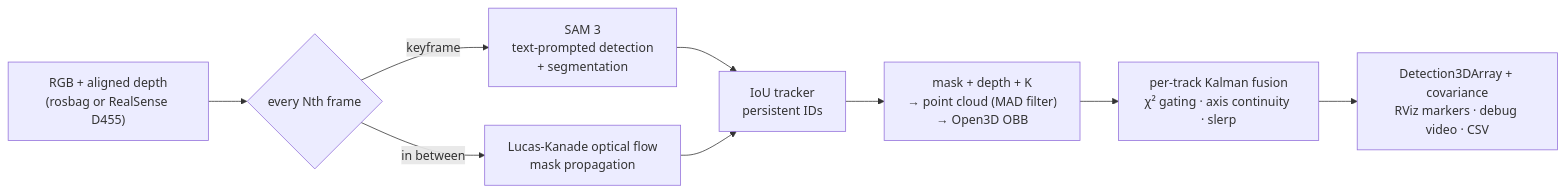
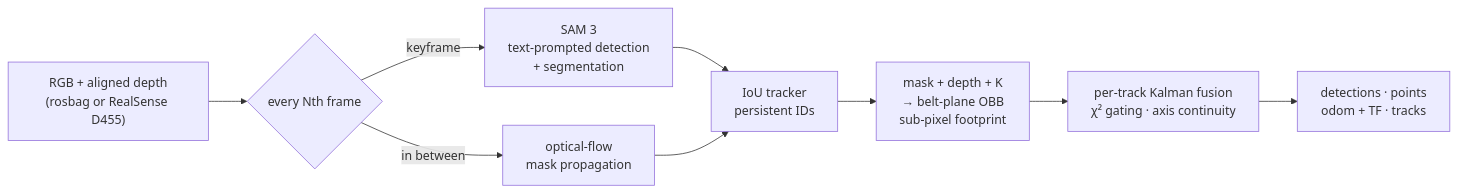
The diagram in README.md (ingon1026/pose-anything), drawn with Mermaid before and after one commit. The commit also changed other lines of this file and 1 other file, not shown here.

````diff
--- a/README.md
+++ b/README.md
@@ -43,11 +73,11 @@
 ```mermaid
 flowchart LR
     A["RGB + aligned depth<br/>(rosbag or RealSense D455)"] --> B{"every Nth frame"}
     B -- "keyframe" --> C["SAM 3<br/>text-prompted detection<br/>+ segmentation"]
-    B -- "in between" --> D["Lucas-Kanade optical flow<br/>mask propagation"]
+    B -- "in between" --> D["optical-flow<br/>mask propagation"]
     C --> E["IoU tracker<br/>persistent IDs"]
     D --> E
-    E --> F["mask + depth + K<br/>→ point cloud (MAD filter)<br/>→ Open3D OBB"]
-    F --> G["per-track Kalman fusion<br/>χ² gating · axis continuity · slerp"]
-    G --> H["Detection3DArray + covariance<br/>RViz markers · debug video · CSV"]
+    E --> F["mask + depth + K<br/>→ belt-plane OBB<br/>sub-pixel footprint"]
+    F --> G["per-track Kalman fusion<br/>χ² gating · axis continuity"]
+    G --> H["detections · points<br/>odom + TF · tracks"]
 ```
````
